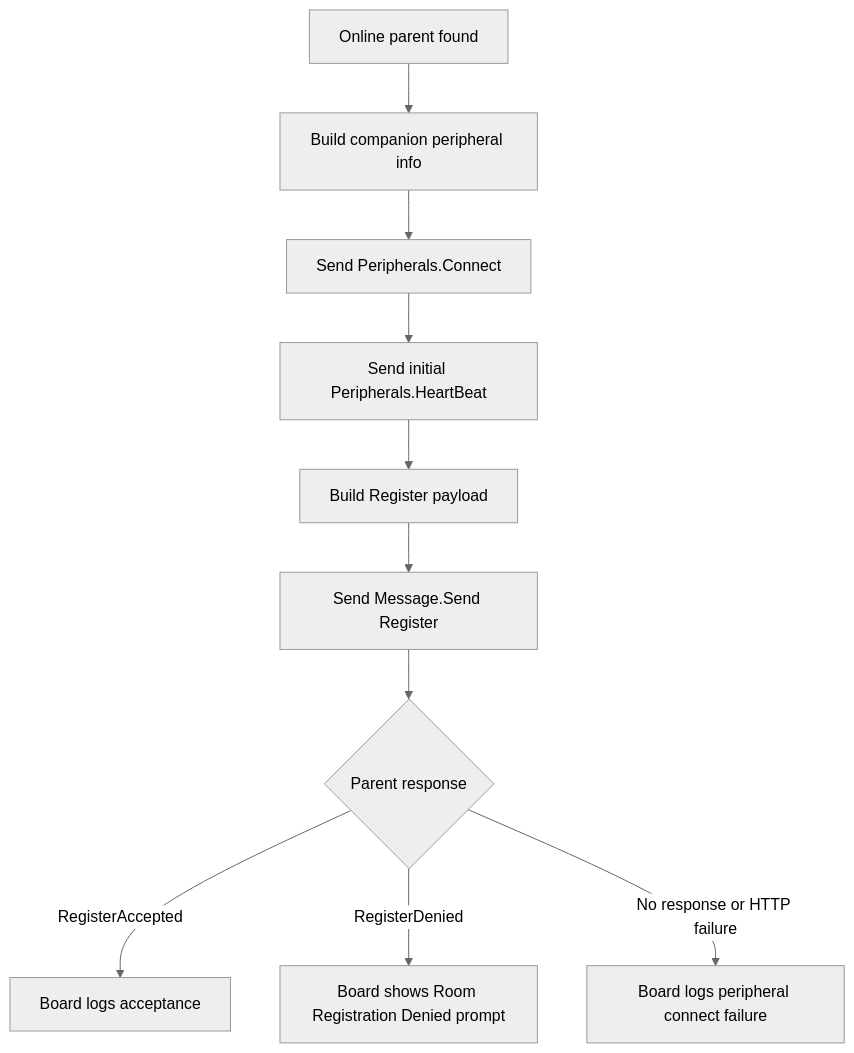
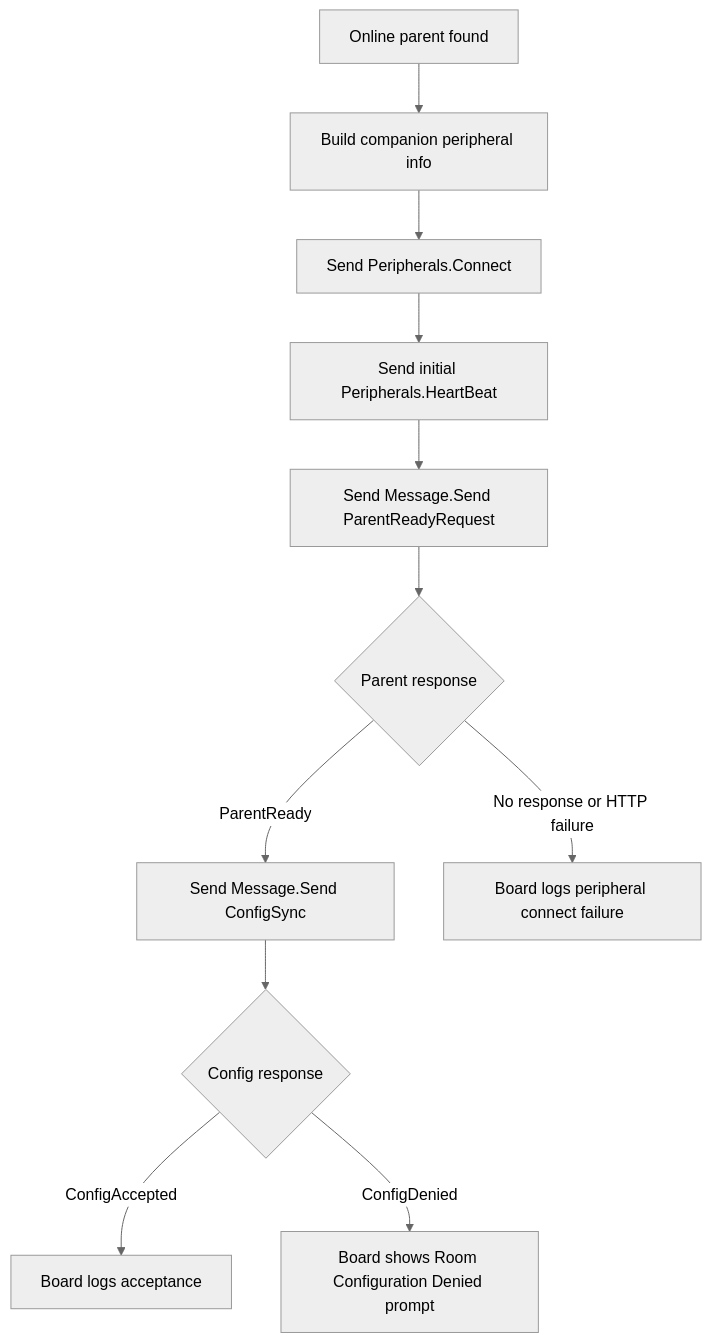
One commit to ctg-tme/Custom_Companion_2026 changed the fourth of 7 diagrams in README.md. Above: the diagram before and after it, drawn with Mermaid (neutral theme). The commit also changed other lines of this file and 5 other files, not shown here.

Commit message:
Move parent config to message sync

````diff
--- a/README.md
+++ b/README.md
@@ -119,12 +124,13 @@
 ```mermaid
 flowchart TD
 	A[Online parent found] --> B[Build companion peripheral info]
 	B --> C[Send Peripherals.Connect]
 	C --> D[Send initial Peripherals.HeartBeat]
-	D --> E[Build Register payload]
-	E --> F[Send Message.Send Register]
-	F --> G{Parent response}
-	G -- RegisterAccepted --> H[Board logs acceptance]
-	G -- RegisterDenied --> I[Board shows Room Registration Denied prompt]
-	G -- No response or HTTP failure --> J[Board logs peripheral connect failure]
+	D --> E[Send Message.Send ParentReadyRequest]
+	E --> F{Parent response}
+	F -- ParentReady --> G[Send Message.Send ConfigSync]
+	G --> H{Config response}
+	H -- ConfigAccepted --> I[Board logs acceptance]
+	H -- ConfigDenied --> J[Board shows Room Configuration Denied prompt]
+	F -- No response or HTTP failure --> K[Board logs peripheral connect failure]
 ```
````
